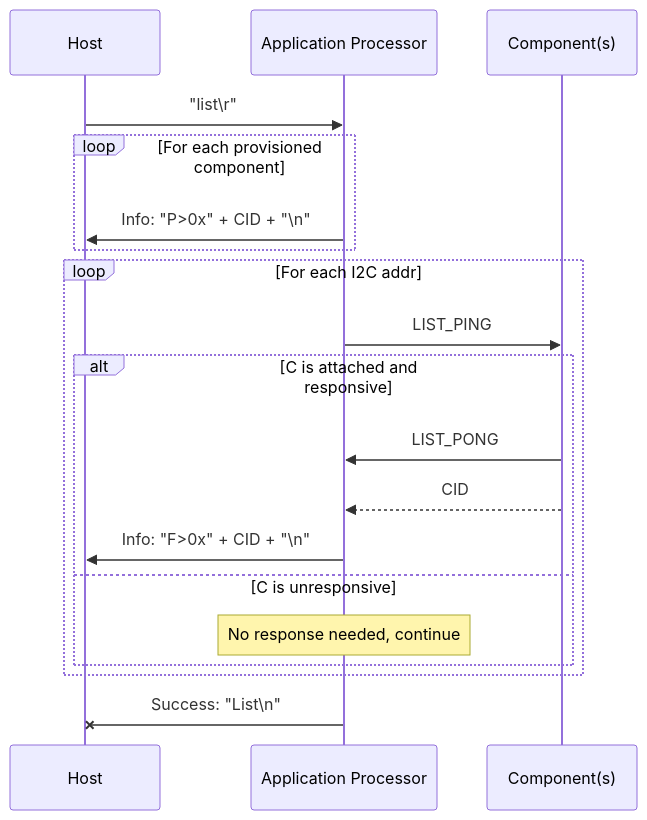
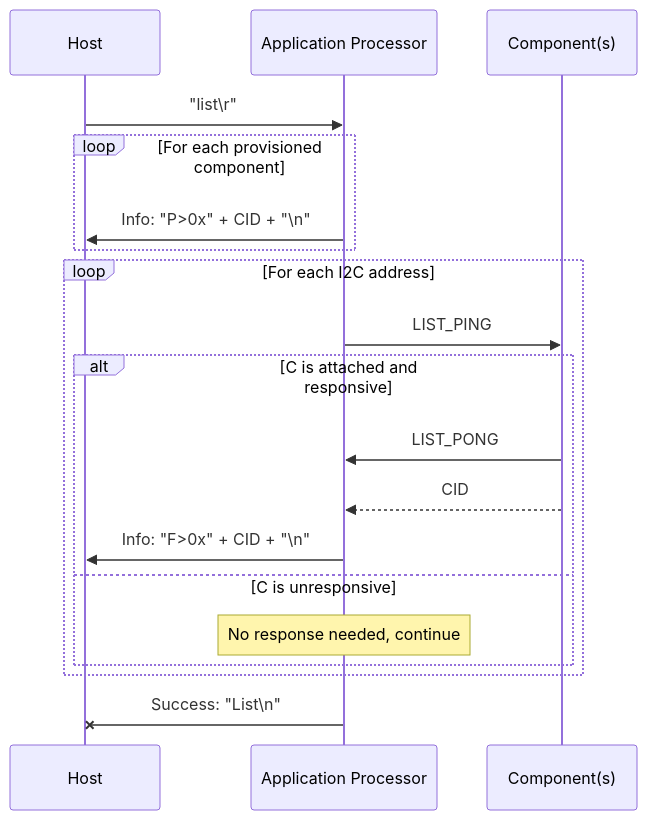
Before and after one commit to sigpwny/2024-ectf-uiuc: the first of 4 diagrams in docs/misc_protocol.md, drawn with Mermaid. The commit also changed other lines of this file and 6 other files, not shown here.

````diff
--- a/docs/misc_protocol.md
+++ b/docs/misc_protocol.md
@@ -13,21 +13,21 @@
-```mermaid
+```{.mermaid loc=img}
 sequenceDiagram
   participant H as Host
   participant AP as Application Processor
   participant C as Component(s)
   H ->> AP: "list\r"
   loop For each provisioned component
     AP ->> H: Info: "P>0x" + CID + "\n"
   end
-  loop For each I2C addr
+  loop For each I2C address
     AP ->> C: LIST_PING
     alt C is attached and responsive
       C ->> AP: LIST_PONG
       C -->> AP: CID
       AP ->> H: Info: "F>0x" + CID + "\n"
     else C is unresponsive
       Note over AP: No response needed, continue
     end
   end
   AP -x H: Success: "List\n"
 ```
````
